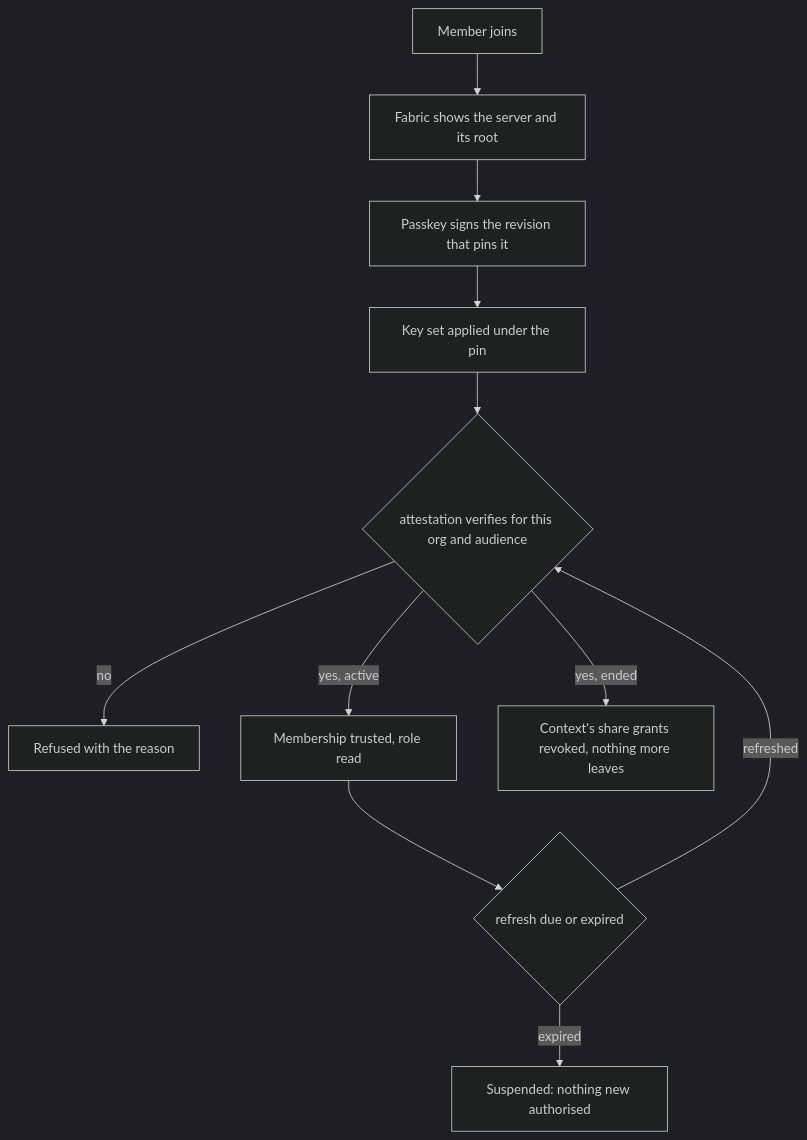
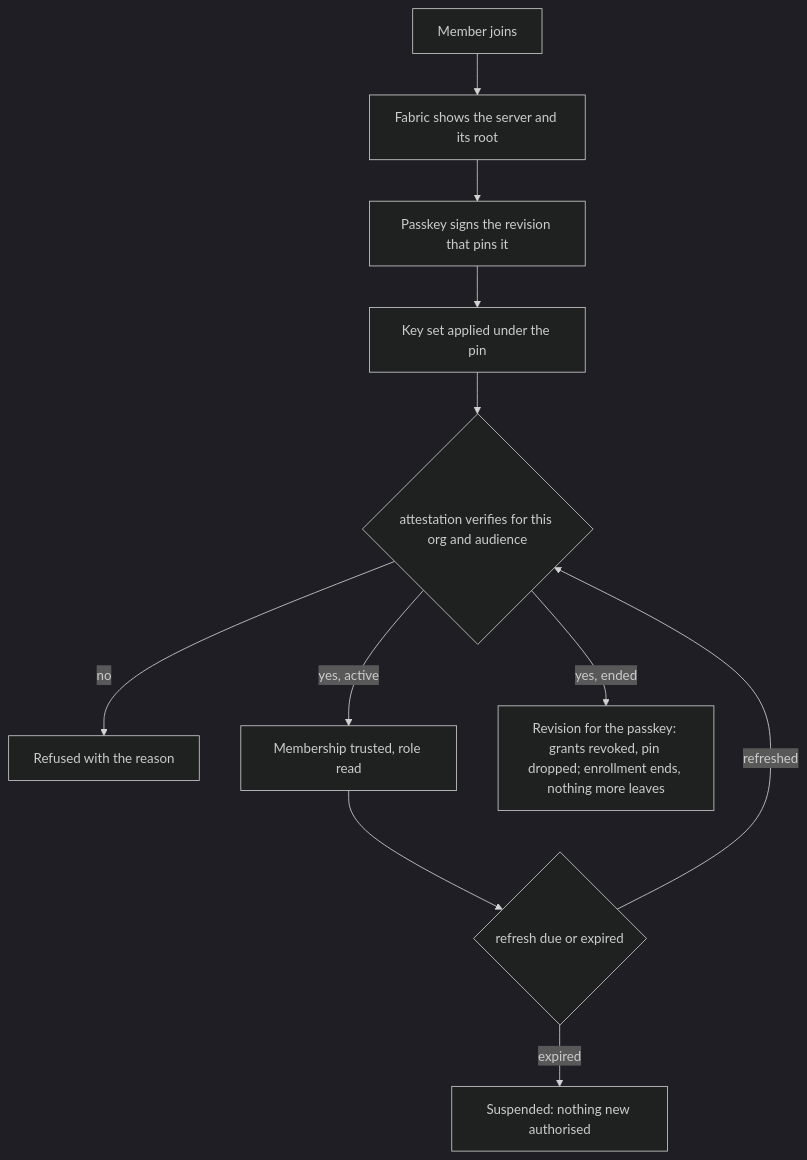
One commit to passioncode-ai/fabric-agent-contract changed diagram 32 of 32 in docs/ux/flows.md. Above: the diagram before and after it, drawn with Mermaid (dark theme). The commit also changed 4 other files, not shown here.

Commit message:
DEC-0127 after the third reading: DEC-0103's status annotated for item 4, the unpinning revision waits on the passkey, the gate window, SCN-047 and FLW-32's end, the Fabric-only conformance clause

````diff
--- a/docs/ux/flows.md
+++ b/docs/ux/flows.md
@@ -805,13 +805,13 @@
 ```mermaid
 flowchart TD
   J[Member joins] --> P[Fabric shows the server and its root]
   P --> S[Passkey signs the revision that pins it]
   S --> K[Key set applied under the pin]
   K --> A{attestation verifies for this org and audience}
   A -->|no| R[Refused with the reason]
   A -->|yes, active| T[Membership trusted, role read]
-  A -->|yes, ended| E[Context's share grants revoked, nothing more leaves]
+  A -->|yes, ended| E[Revision for the passkey: grants revoked, pin dropped; enrollment ends, nothing more leaves]
   T --> F{refresh due or expired}
   F -->|refreshed| A
   F -->|expired| U[Suspended: nothing new authorised]
 ```
````
